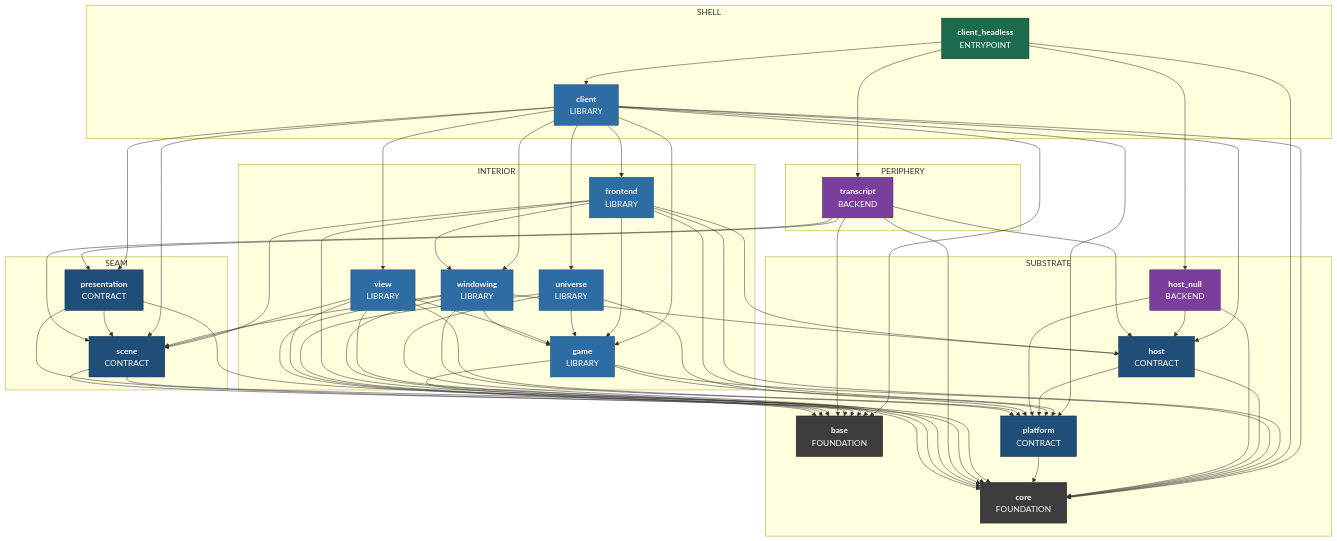
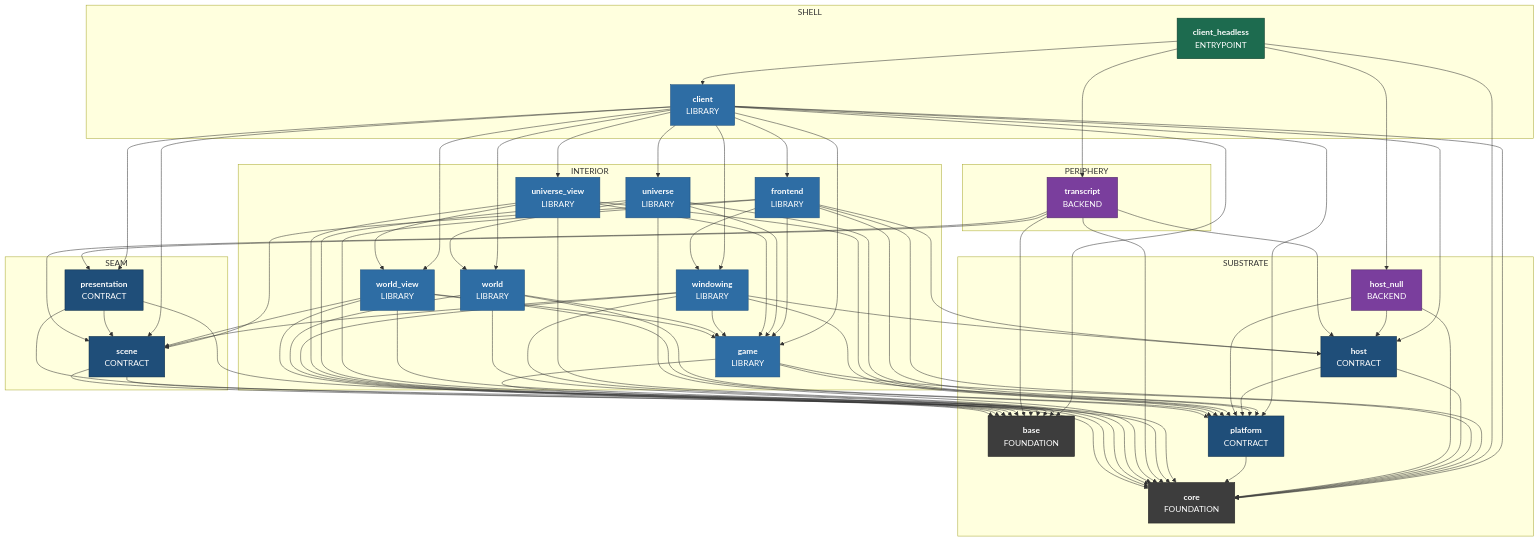
Before and after one commit to apnex/OpenStarbound: the third of 8 diagrams in docs/superpowers/specs/2026-08-01-sovereign-headless-client-design.md, drawn with Mermaid. The commit also changed other lines of this file and 2 other files, not shown here.

````diff
--- a/docs/superpowers/specs/2026-08-01-sovereign-headless-client-design.md
+++ b/docs/superpowers/specs/2026-08-01-sovereign-headless-client-design.md
@@ -843,8 +913,10 @@
     frontend["<b>frontend</b><br/>LIBRARY"]
     game["<b>game</b><br/>LIBRARY"]
     universe["<b>universe</b><br/>LIBRARY"]
-    view["<b>view</b><br/>LIBRARY"]
+    universe_view["<b>universe_view</b><br/>LIBRARY"]
     windowing["<b>windowing</b><br/>LIBRARY"]
+    world["<b>world</b><br/>LIBRARY"]
+    world_view["<b>world_view</b><br/>LIBRARY"]
   end
   subgraph Z_PERIPHERY ["PERIPHERY"]
     transcript["<b>transcript</b><br/>BACKEND"]
@@ -862,8 +934,10 @@
   client --> presentation
   client --> scene
   client --> universe
-  client --> view
+  client --> universe_view
   client --> windowing
+  client --> world
+  client --> world_view
   client_headless --> client
   client_headless --> core
   client_headless --> host_null
@@ -898,17 +972,27 @@
   universe --> core
   universe --> game
   universe --> platform
-  view --> base
-  view --> core
-  view --> game
-  view --> platform
-  view --> scene
+  universe --> world
+  universe_view --> base
+  universe_view --> core
+  universe_view --> game
+  universe_view --> platform
+  universe_view --> world_view
   windowing --> base
   windowing --> core
   windowing --> game
   windowing --> host
   windowing --> platform
   windowing --> scene
+  world --> base
+  world --> core
+  world --> game
+  world --> platform
+  world_view --> base
+  world_view --> core
+  world_view --> game
+  world_view --> platform
+  world_view --> scene
   classDef kFoundation fill:#3d3d3d,stroke:#1f1f1f,color:#fff
   classDef kContract fill:#1f4e79,stroke:#0f2d46,color:#fff
   classDef kBackend fill:#7a3e9d,stroke:#4d2763,color:#fff
@@ -917,6 +1001,6 @@
   class base,core kFoundation
   class host,platform,presentation,scene kContract
   class host_null,transcript kBackend
-  class client,frontend,game,universe,view,windowing kLibrary
+  class client,frontend,game,universe,universe_view,windowing,world,world_view kLibrary
   class client_headless kEntrypoint
 ```
````
